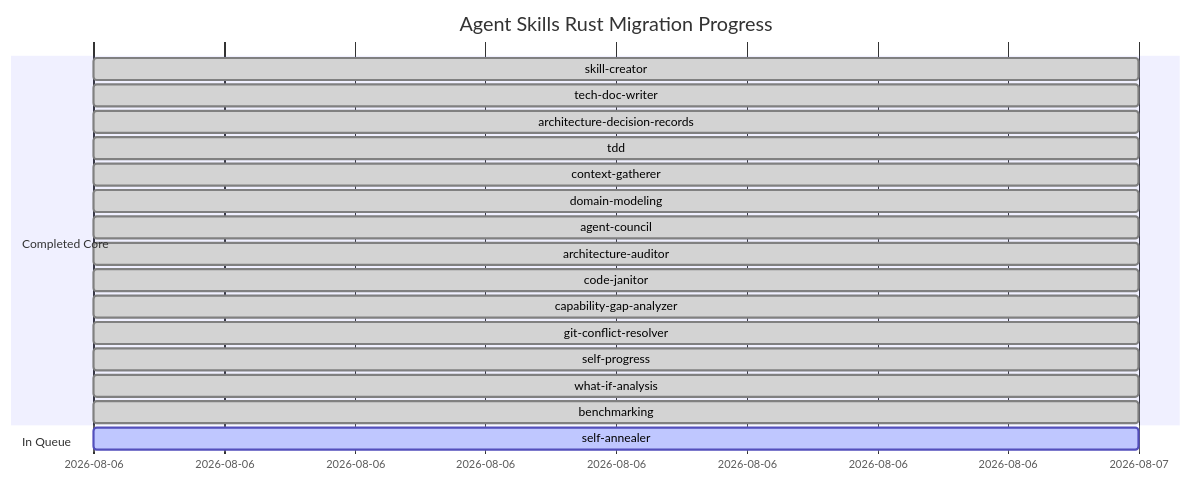
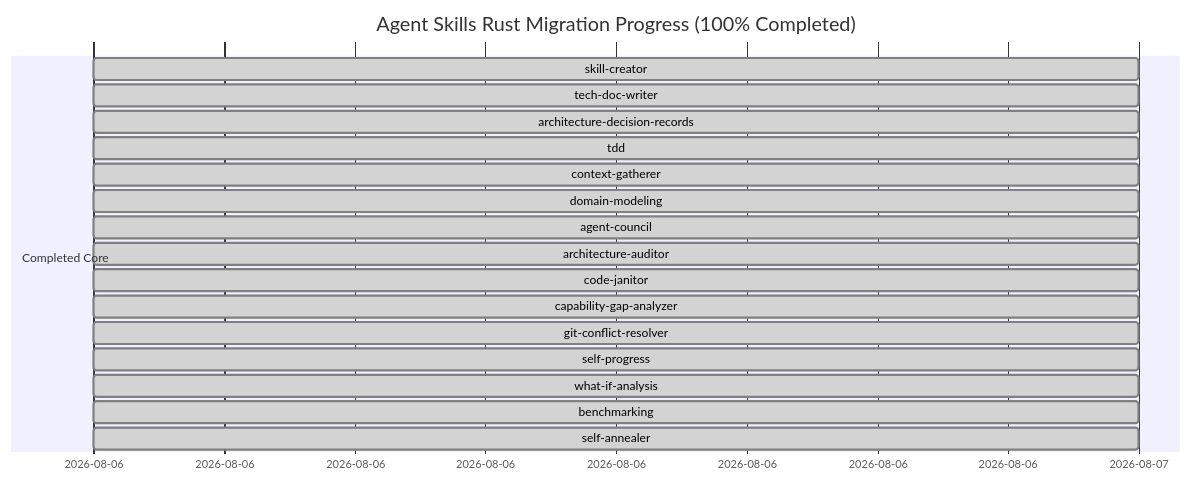
The diagram in docs/migration_progress.md (louis-pvs/agent-skills), drawn with Mermaid before and after one commit. The commit also changed other lines of this file and 5 other files, not shown here.

Commit message:
feat(self-annealer): migrate skill automation to Rust CLI via TDD protocol

````diff
--- a/docs/migration_progress.md
+++ b/docs/migration_progress.md
@@ -26,22 +26,21 @@
 ```mermaid
 gantt
-    title Agent Skills Rust Migration Progress
+    title Agent Skills Rust Migration Progress (100% Completed)
     dateFormat  YYYY-MM-DD
     section Completed Core
     skill-creator                  :done, 2026-08-06, 1d
     tech-doc-writer                :done, 2026-08-06, 1d
     architecture-decision-records  :done, 2026-08-06, 1d
     tdd                            :done, 2026-08-06, 1d
     context-gatherer               :done, 2026-08-06, 1d
     domain-modeling                :done, 2026-08-06, 1d
     agent-council                  :done, 2026-08-06, 1d
     architecture-auditor           :done, 2026-08-06, 1d
     code-janitor                   :done, 2026-08-06, 1d
     capability-gap-analyzer        :done, 2026-08-06, 1d
     git-conflict-resolver         :done, 2026-08-06, 1d
     self-progress                  :done, 2026-08-06, 1d
     what-if-analysis               :done, 2026-08-06, 1d
     benchmarking                   :done, 2026-08-06, 1d
-    section In Queue
-    self-annealer                  :active, 2026-08-06, 1d
+    self-annealer                  :done, 2026-08-06, 1d
 ```
````
